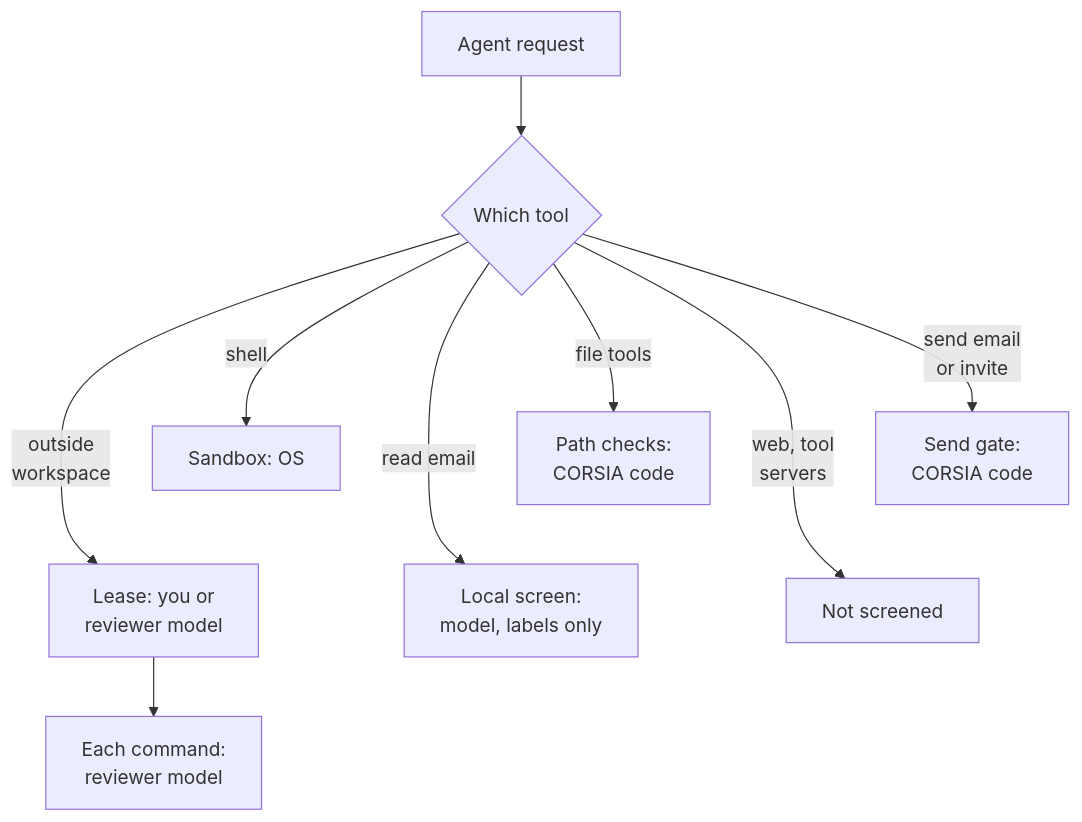
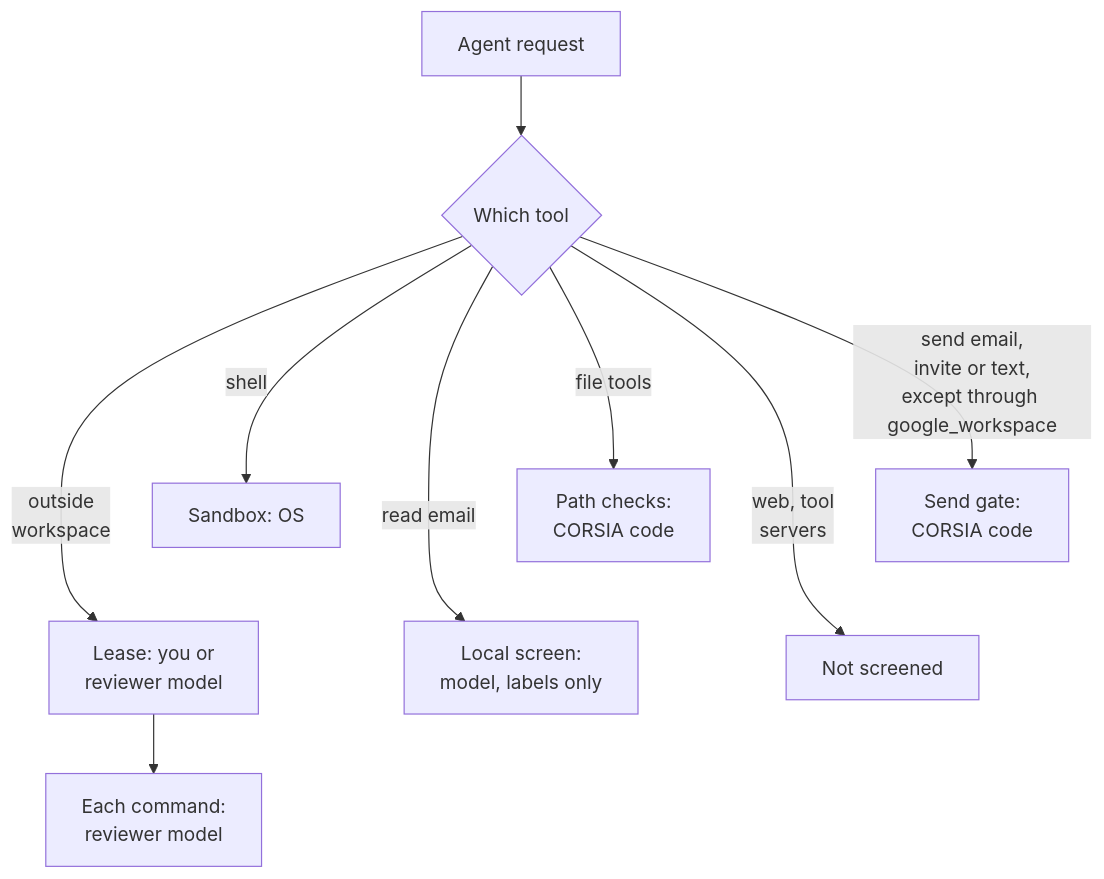
Before and after one commit to cebertowicz/corsia: the diagram in docs/security/threat-model.md, drawn with Mermaid. The commit also changed other lines of this file and 13 other files, not shown here.

First line of the commit message:
Security docs: project fence, Messages, Google Workspace, sign-in locations (#2219)

````diff
--- a/docs/security/threat-model.md
+++ b/docs/security/threat-model.md
@@ -47,15 +49,15 @@
 ```mermaid
 flowchart TB
     R[Agent request] --> T{Which tool}
     T -->|shell| SB[Sandbox: OS]
     T -->|file tools| FG[Path checks:<br/>CORSIA code]
-    T -->|send email<br/>or invite| G[Send gate:<br/>CORSIA code]
+    T -->|send email,<br/>invite or text,<br/>except through google_workspace| G[Send gate:<br/>CORSIA code]
     T -->|outside<br/>workspace| L[Lease: you or<br/>reviewer model]
     L --> AR[Each command:<br/>reviewer model]
     T -->|read email| ES[Local screen:<br/>model, labels only]
     T -->|web, tool<br/>servers| X[Not screened]
     %% invisible links only set the rows, to keep the diagram narrow
     SB ~~~ L
     FG ~~~ ES
     G ~~~ X
 ```
````
